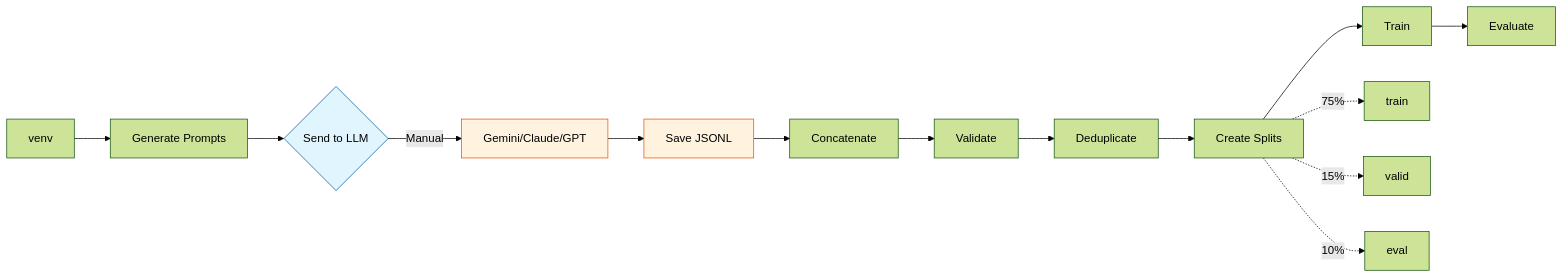
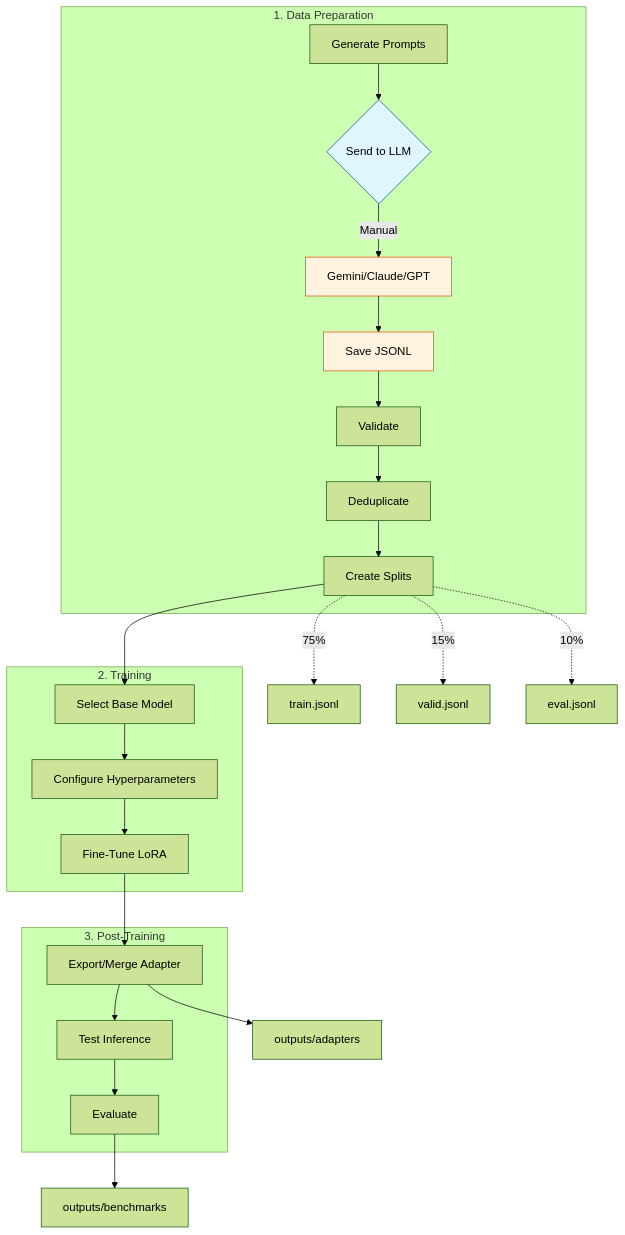
The diagram in README.en-US.md (otavio-lemos/olia-2-oci), drawn with Mermaid (forest theme) before and after one commit. The commit also changed other lines of this file and 1 other file, not shown here.

Commit message:
docs: update pipeline to follow industry best practices

````diff
--- a/README.en-US.md
+++ b/README.en-US.md
@@ -147,21 +162,34 @@
 ```mermaid
-flowchart LR
-    A[venv] --> B[Generate Prompts]
-    B --> C{Send to LLM}
-    C -->|Manual| D[Gemini/Claude/GPT]
-    D --> E[Save JSONL]
-    E --> F[Concatenate]
-    F --> G[Validate]
-    G --> H[Deduplicate]
-    H --> I[Create Splits]
-    I --> J[Train]
-    J --> K[Evaluate]
+flowchart TB
+    subgraph DataPrep["1. Data Preparation"]
+        DP1[Generate Prompts] --> DP2{Send to LLM}
+        DP2 -->|Manual| DP3[Gemini/Claude/GPT]
+        DP3 --> DP4[Save JSONL]
+        DP4 --> DP5[Validate]
+        DP5 --> DP6[Deduplicate]
+        DP6 --> DP7[Create Splits]
+    end
     
-    I -.->|75%| L[train]
-    I -.->|15%| M[valid]
-    I -.->|10%| N[eval]
+    subgraph Training["2. Training"]
+        DP7 --> T1[Select Base Model]
+        T1 --> T2[Configure Hyperparameters]
+        T2 --> T3[Fine-Tune LoRA]
+    end
     
-    style C fill:#e1f5fe,stroke:#01579b
-    style D fill:#fff3e0,stroke:#e65100
-    style E fill:#fff3e0,stroke:#e65100
+    subgraph PostProcess["3. Post-Training"]
+        T3 --> P1[Export/Merge Adapter]
+        P1 --> P2[Test Inference]
+        P2 --> P3[Evaluate]
+    end
+    
+    DP7 -.->|75%| Train[train.jsonl]
+    DP7 -.->|15%| Valid[valid.jsonl]
+    DP7 -.->|10%| Eval[eval.jsonl]
+    
+    P1 --> outputs/adapters
+    P3 --> outputs/benchmarks
+    
+    style DP2 fill:#e1f5fe,stroke:#01579b
+    style DP3 fill:#fff3e0,stroke:#e65100
+    style DP4 fill:#fff3e0,stroke:#e65100
 ```
````
